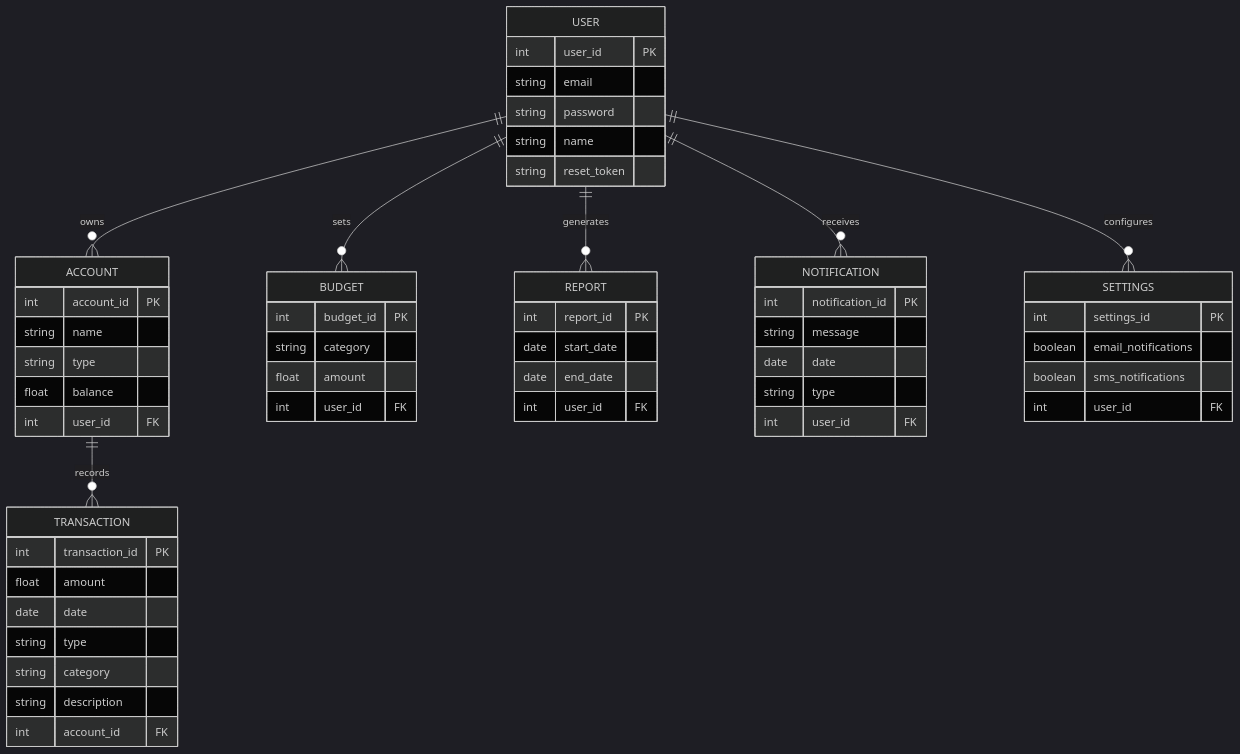
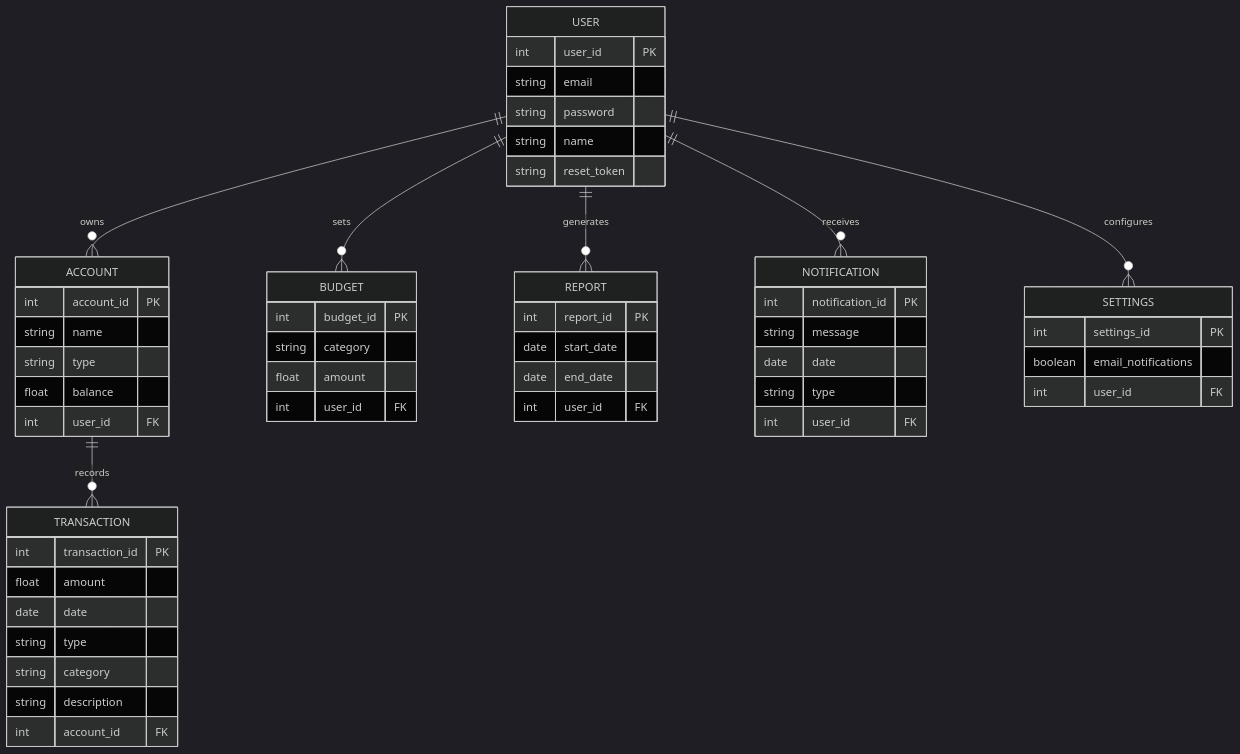
The diagram in README.md (kentayamada-centennial/Personal-Finance-Management-App), drawn with Mermaid (dark theme) before and after one commit. The commit also changed other lines of this file, not shown here.

````diff
--- a/README.md
+++ b/README.md
@@ -103,64 +102,63 @@
 ```mermaid
 erDiagram
     USER {
         int user_id PK
         string email
         string password
         string name
         string reset_token
     }
     
     ACCOUNT {
         int account_id PK
         string name
         string type
         float balance
         int user_id FK
     }
 
     TRANSACTION {
         int transaction_id PK
         float amount
         date date
         string type
         string category
         string description
         int account_id FK
     }
     
     BUDGET {
         int budget_id PK
         string category
         float amount
         int user_id FK
     }
     
     REPORT {
         int report_id PK
         date start_date
         date end_date
         int user_id FK
     }
     
     NOTIFICATION {
         int notification_id PK
         string message
         date date
         string type
         int user_id FK
     }
     
     SETTINGS {
         int settings_id PK
         boolean email_notifications
-        boolean sms_notifications
         int user_id FK
     }
     
     USER ||--o{ ACCOUNT: owns
     USER ||--o{ BUDGET: sets
     USER ||--o{ REPORT: generates
     USER ||--o{ NOTIFICATION: receives
     USER ||--o{ SETTINGS: configures
     ACCOUNT ||--o{ TRANSACTION: records
 ```
````
